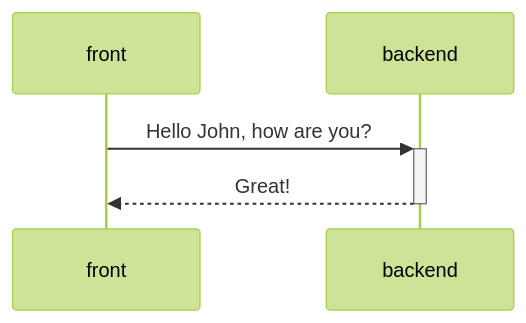
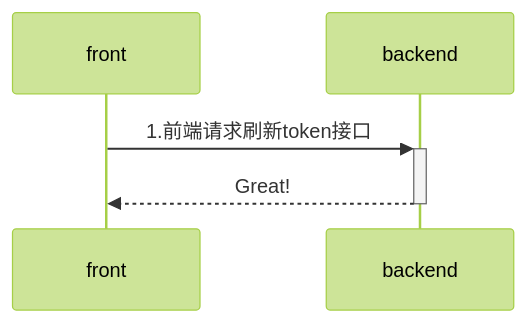
The diagram in all/未命名-4.md (yingjianzh/iodraw-files), drawn with Mermaid (forest theme) before and after one commit.

Commit message:
2024-08-02 17:54:59 update

````diff
--- a/all/未命名-4.md
+++ b/all/未命名-4.md
@@ -1,5 +1,5 @@
 ```mermaid
 sequenceDiagram
-    front->>+backend: Hello John, how are you?
+    front->>+backend: 1.前端请求刷新token接口
     backend-->>-front: Great!
 ```
````
